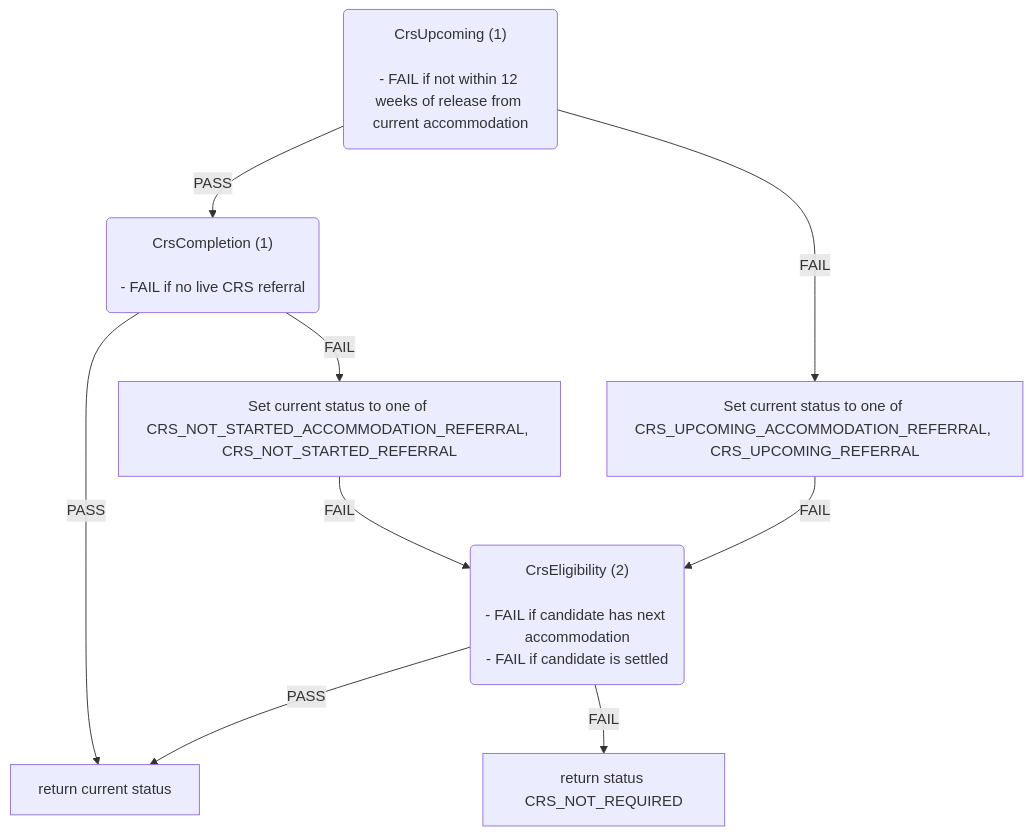
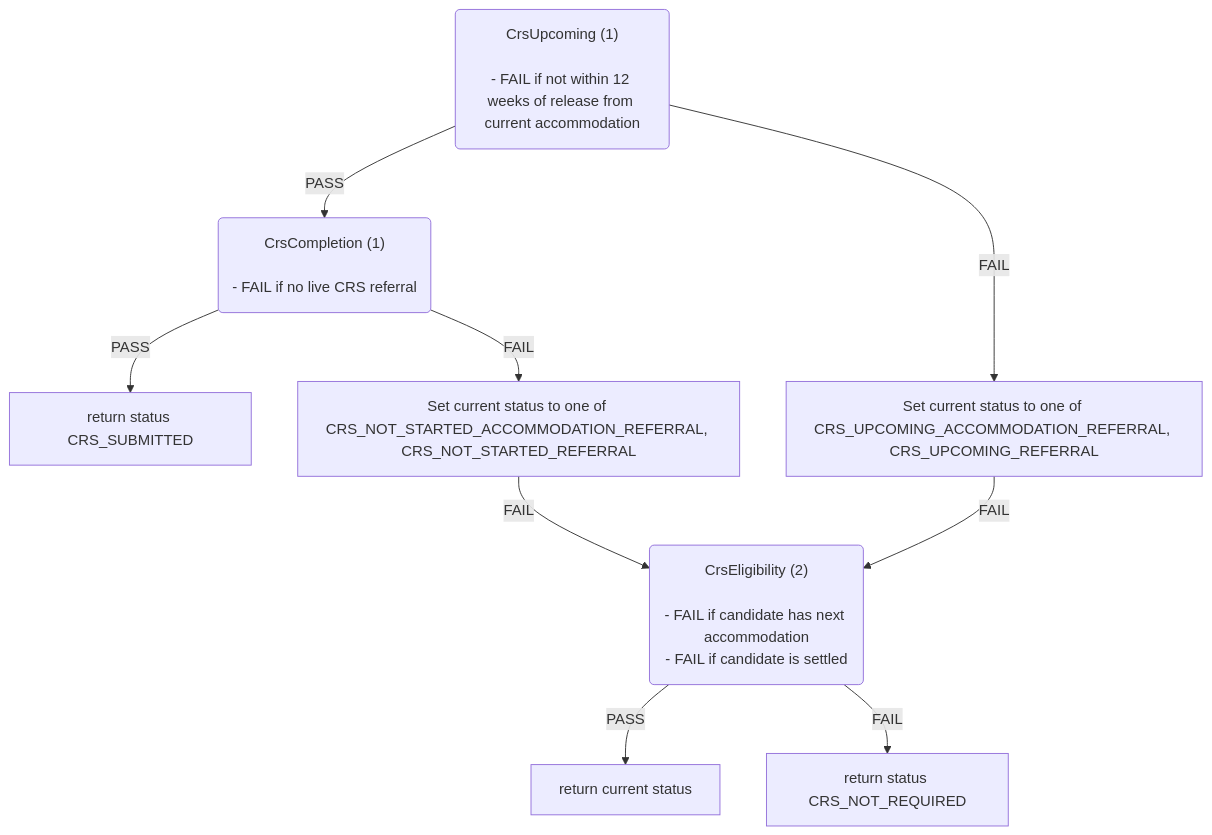
Before and after one commit to ministryofjustice/hmpps-single-accommodation-service-api: the fourth of 6 diagrams in docs/eligibility-rules-graph.md, drawn with Mermaid. The commit also changed other lines of this file and 22 other files, not shown here.

````diff
--- a/docs/eligibility-rules-graph.md
+++ b/docs/eligibility-rules-graph.md
@@ -322,25 +322,26 @@
 ```mermaid
 flowchart TD
   CrsUpcoming("CrsUpcoming (1)
 
 - FAIL if not within 12 weeks of release from current accommodation")
   CrsCompletion("CrsCompletion (1)
 
 - FAIL if no live CRS referral")
-  return_current_status["return current status"]
+  return_status_CRS_SUBMITTED["return status CRS_SUBMITTED"]
   Set_current_status_to_one_of_CRS_NOT_STARTED_ACCOMMODATION_REFERRAL__CRS_NOT_STARTED_REFERRAL["Set current status to one of CRS_NOT_STARTED_ACCOMMODATION_REFERRAL, CRS_NOT_STARTED_REFERRAL"]
   CrsEligibility("CrsEligibility (2)
 
 - FAIL if candidate has next accommodation
 - FAIL if candidate is settled")
+  return_current_status["return current status"]
   return_status_CRS_NOT_REQUIRED["return status CRS_NOT_REQUIRED"]
   Set_current_status_to_one_of_CRS_UPCOMING_ACCOMMODATION_REFERRAL__CRS_UPCOMING_REFERRAL["Set current status to one of CRS_UPCOMING_ACCOMMODATION_REFERRAL, CRS_UPCOMING_REFERRAL"]
-  CrsCompletion -->|PASS| return_current_status
+  CrsCompletion -->|PASS| return_status_CRS_SUBMITTED
   CrsCompletion -->|FAIL| Set_current_status_to_one_of_CRS_NOT_STARTED_ACCOMMODATION_REFERRAL__CRS_NOT_STARTED_REFERRAL
   CrsEligibility -->|PASS| return_current_status
   CrsEligibility -->|FAIL| return_status_CRS_NOT_REQUIRED
   Set_current_status_to_one_of_CRS_NOT_STARTED_ACCOMMODATION_REFERRAL__CRS_NOT_STARTED_REFERRAL -->|FAIL| CrsEligibility
   CrsUpcoming -->|PASS| CrsCompletion
   CrsUpcoming -->|FAIL| Set_current_status_to_one_of_CRS_UPCOMING_ACCOMMODATION_REFERRAL__CRS_UPCOMING_REFERRAL
   Set_current_status_to_one_of_CRS_UPCOMING_ACCOMMODATION_REFERRAL__CRS_UPCOMING_REFERRAL -->|FAIL| CrsEligibility
 ```
````
